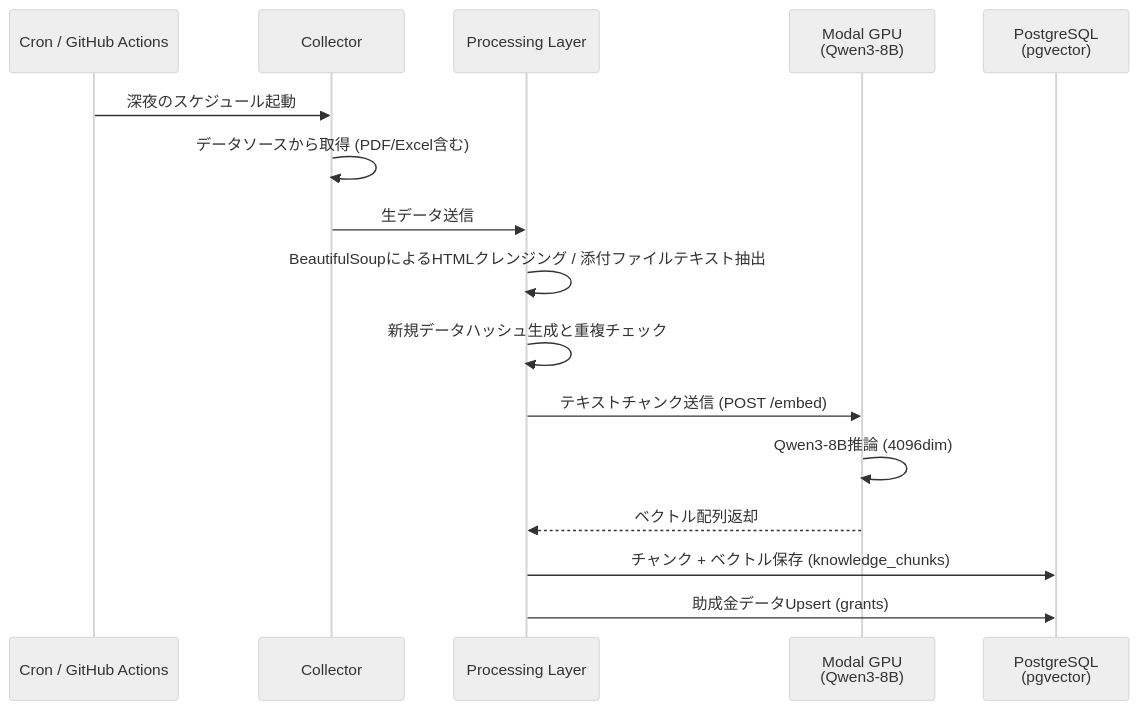
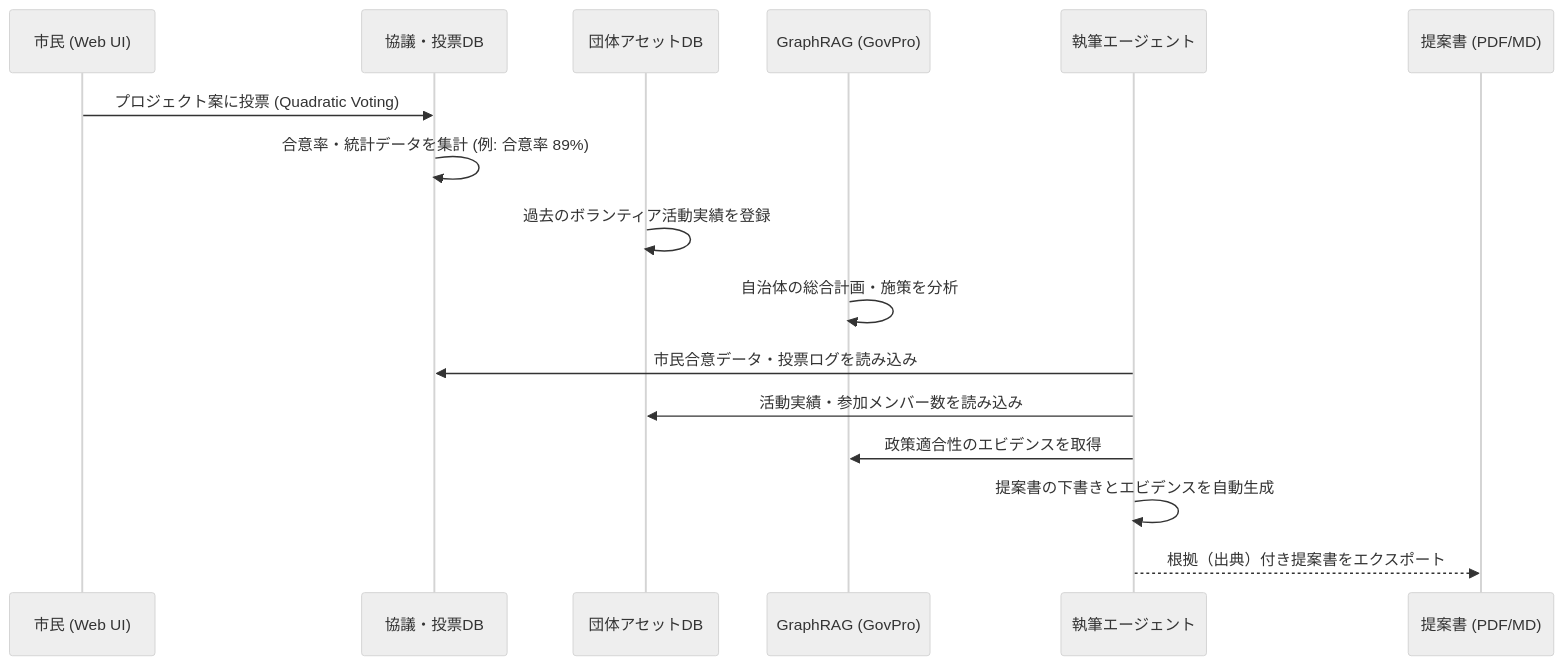
Before and after one commit to t012093/auto-grants-integrated: the second of 3 diagrams in docs/architecture.md, drawn with Mermaid (neutral theme). The commit also changed other lines of this file and 5 other files, not shown here.

````diff
--- a/docs/architecture.md
+++ b/docs/architecture.md
@@ -168,19 +134,19 @@
 ```mermaid
 sequenceDiagram
-    participant Cron as Cron / GitHub Actions
-    participant Collector as Collector
-    participant Processor as Processing Layer
-    participant Modal as Modal GPU<br/>(Qwen3-8B)
-    participant DB as PostgreSQL<br/>(pgvector)
+    participant Citizen as 市民 (Web UI)
+    participant Delib as 協議・投票DB
+    participant Fact as 団体アセットDB
+    participant GraphRAG as GraphRAG (GovPro)
+    participant Writer as 執筆エージェント
+    participant Proposal as 提案書 (PDF/MD)
 
-    Cron->>Collector: 深夜のスケジュール起動
-    Collector->>Collector: データソースから取得 (PDF/Excel含む)
-    Collector->>Processor: 生データ送信
-    Processor->>Processor: BeautifulSoupによるHTMLクレンジング / 添付ファイルテキスト抽出
-    Processor->>Processor: 新規データハッシュ生成と重複チェック
-    Processor->>Modal: テキストチャンク送信 (POST /embed)
-    Modal->>Modal: Qwen3-8B推論 (4096dim)
-    Modal-->>Processor: ベクトル配列返却
-    Processor->>DB: チャンク + ベクトル保存 (knowledge_chunks)
-    Processor->>DB: 助成金データUpsert (grants)
+    Citizen->>Delib: プロジェクト案に投票 (Quadratic Voting)
+    Delib->>Delib: 合意率・統計データを集計 (例: 合意率 89%)
+    Fact->>Fact: 過去のボランティア活動実績を登録
+    GraphRAG->>GraphRAG: 自治体の総合計画・施策を分析
+    Writer->>Delib: 市民合意データ・投票ログを読み込み
+    Writer->>Fact: 活動実績・参加メンバー数を読み込み
+    Writer->>GraphRAG: 政策適合性のエビデンスを取得
+    Writer->>Writer: 提案書の下書きとエビデンスを自動生成
+    Writer-->>Proposal: 根拠（出典）付き提案書をエクスポート
 ```
````
